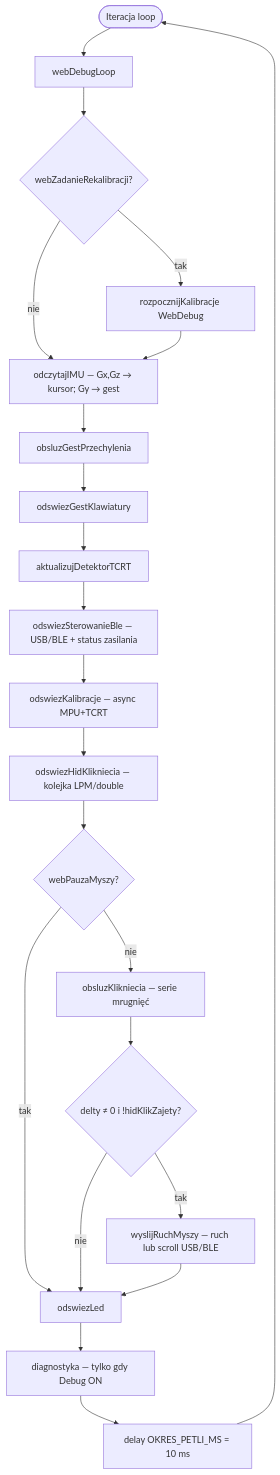
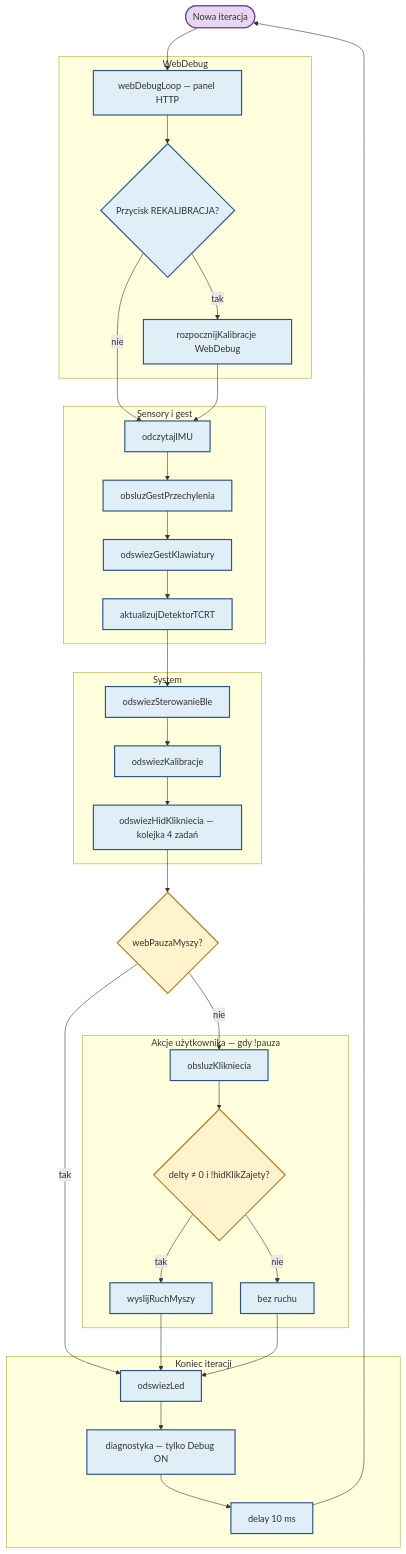
Before and after one commit to bartkadres-ai/HEFAS-4.0: the third of 10 diagrams in README.md, drawn with Mermaid. The commit also changed other lines of this file, not shown here.

````diff
--- a/README.md
+++ b/README.md
@@ -285,24 +345,66 @@
 ```mermaid
 flowchart TD
-    START([Iteracja loop]) --> WEB[webDebugLoop]
-    WEB --> REKAL{webZadanieRekalibracji?}
-    REKAL -->|tak| RKAL[rozpocznijKalibracje WebDebug]
-    REKAL -->|nie| IMU
-    RKAL --> IMU[odczytajIMU — Gx,Gz → kursor; Gy → gest]
-    IMU --> GEST[obsluzGestPrzechylenia]
-    GEST --> GK[odswiezGestKlawiatury]
-    GK --> TCRT[aktualizujDetektorTCRT]
-    TCRT --> ZAS[odswiezSterowanieBle — USB/BLE + status zasilania]
-    ZAS --> KAL[odswiezKalibracje — async MPU+TCRT]
-    KAL --> HIDQ[odswiezHidKlikniecia — kolejka LPM/double]
-    HIDQ --> PAUZA{webPauzaMyszy?}
-    PAUZA -->|tak| LED
-    PAUZA -->|nie| KLIK[obsluzKlikniecia — serie mrugnięć]
-    KLIK --> RUCH{delty ≠ 0 i !hidKlikZajety?}
-    RUCH -->|tak| SEND[wyslijRuchMyszy — ruch lub scroll USB/BLE]
-    RUCH -->|nie| LED[odswiezLed]
-    SEND --> LED
-    LED --> DIAG[diagnostyka — tylko gdy Debug ON]
-    DIAG --> WAIT[delay OKRES_PETLI_MS = 10 ms]
-    WAIT --> START
+    START([Nowa iteracja]) --> W1
+
+    subgraph WEBDBG["WebDebug"]
+        W1[webDebugLoop — panel HTTP]
+        W2{Przycisk REKALIBRACJA?}
+        W3[rozpocznijKalibracje WebDebug]
+        W1 --> W2
+        W2 -->|tak| W3
+    end
+
+    W2 -->|nie| S1
+    W3 --> S1
+
+    subgraph SENS["Sensory i gest"]
+        S1[odczytajIMU]
+        S2[obsluzGestPrzechylenia]
+        S3[odswiezGestKlawiatury]
+        S4[aktualizujDetektorTCRT]
+        S1 --> S2 --> S3 --> S4
+    end
+
+    S4 --> Y1
+
+    subgraph SYS["System"]
+        Y1[odswiezSterowanieBle]
+        Y2[odswiezKalibracje]
+        Y3[odswiezHidKlikniecia — kolejka 4 zadań]
+        Y1 --> Y2 --> Y3
+    end
+
+    Y3 --> PAUZA{webPauzaMyszy?}
+
+    PAUZA -->|nie| A1
+    PAUZA -->|tak| L1
+
+    subgraph ACT["Akcje użytkownika — gdy !pauza"]
+        A1[obsluzKlikniecia]
+        A2{delty ≠ 0 i !hidKlikZajety?}
+        A3[wyslijRuchMyszy]
+        A4[bez ruchu]
+        A1 --> A2
+        A2 -->|tak| A3
+        A2 -->|nie| A4
+    end
+
+    A3 --> L1
+    A4 --> L1
+
+    subgraph KONIEC["Koniec iteracji"]
+        L1[odswiezLed]
+        L2[diagnostyka — tylko Debug ON]
+        L3[delay 10 ms]
+        L1 --> L2 --> L3
+    end
+
+    L3 --> START
+
+    classDef start fill:#e8d5f2,stroke:#6b4c9a,stroke-width:2px
+    classDef proc fill:#dfeef7,stroke:#2c5282,stroke-width:2px
+    classDef cond fill:#fff3cd,stroke:#b7791f,stroke-width:2px
+    class START start
+    class W1,W2,W3,S1,S2,S3,S4,Y1,Y2,Y3,A1,A3,A4,L1,L2,L3 proc
+    class PAUZA,A2 cond
 ```
````
